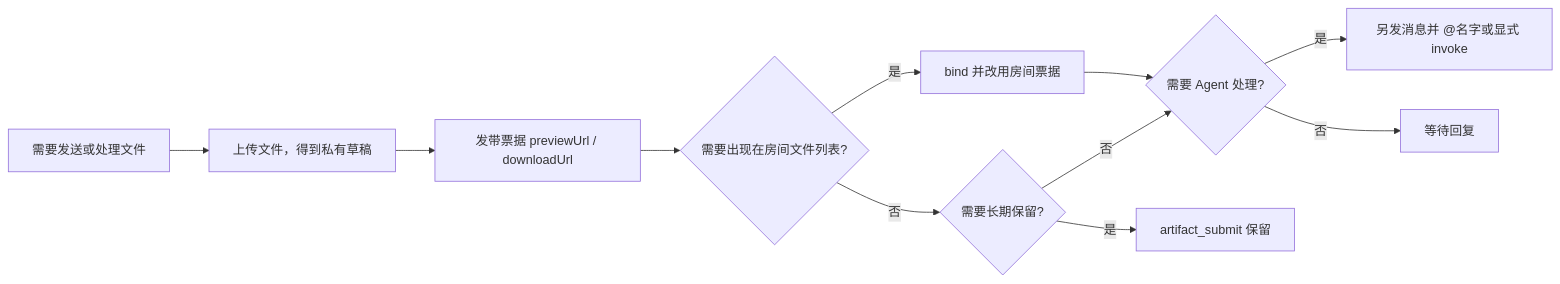
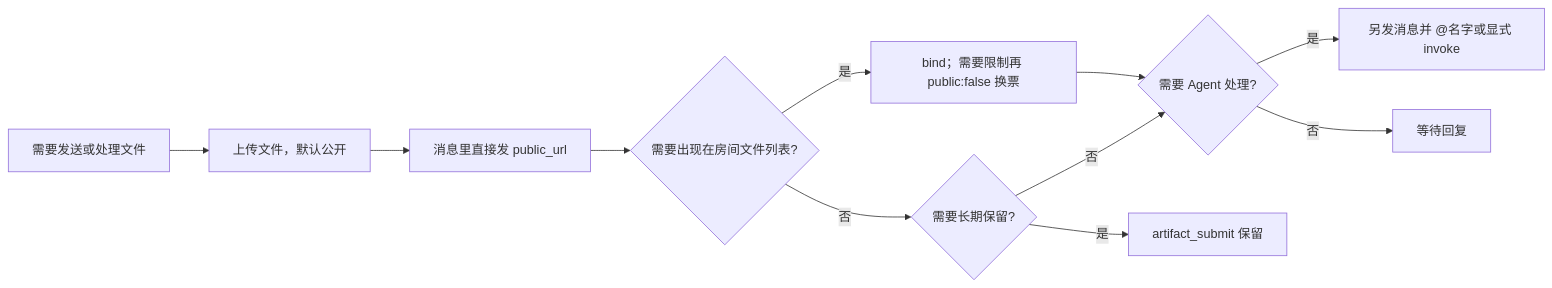
The ninth of 13 diagrams in public/skills/agent-network-skills.md (KonghaYao/agent-network), drawn with Mermaid before and after one commit. The commit also changed other lines of this file and 35 other files, not shown here.

````diff
--- a/public/skills/agent-network-skills.md
+++ b/public/skills/agent-network-skills.md
@@ -354,13 +354,13 @@
 ```mermaid
 flowchart LR
-    A["需要发送或处理文件"] --> B["上传文件，得到私有草稿"]
-    B --> C["发带票据 previewUrl / downloadUrl"]
+    A["需要发送或处理文件"] --> B["上传文件，默认公开"]
+    B --> C["消息里直接发 public_url"]
     C --> D{"需要出现在房间文件列表?"}
-    D -- 是 --> E["bind 并改用房间票据"]
+    D -- 是 --> E["bind；需要限制再 public:false 换票"]
     D -- 否 --> F{"需要长期保留?"}
     E --> G{"需要 Agent 处理?"}
     F -- 是 --> H["artifact_submit 保留"]
     F -- 否 --> G
     G -- 是 --> I["另发消息并 @名字或显式 invoke"]
     G -- 否 --> J["等待回复"]
 ```
````
